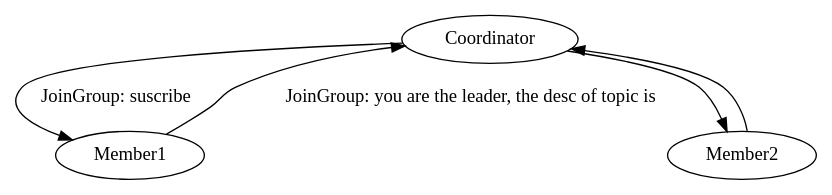
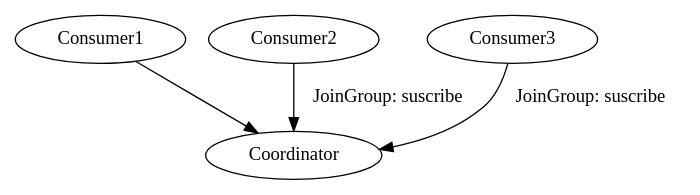
One commit to Robinpig/Note changed the second of 5 diagrams in docs/CS/MQ/Kafka/Consumer.md. Above: the diagram before and after it, drawn with Graphviz. The commit also changed other lines of this file and 3 other files, not shown here.

````diff
--- a/docs/CS/MQ/Kafka/Consumer.md
+++ b/docs/CS/MQ/Kafka/Consumer.md
@@ -340,8 +353,8 @@
 ```dot
 digraph g{
     Coordinator
-    Coordinator->Member1[label="JoinGroup: suscribe"]
-    Member1 ->Coordinator [label="JoinGroup: you are the leader, the desc of topic is"]
-    Coordinator->Member2->Coordinator
+    Consumer1 -> Coordinator
+    Consumer2 -> Coordinator [label="JoinGroup: suscribe"]
+    Consumer3 -> Coordinator [label="JoinGroup: suscribe"]
 }
 ```
````
